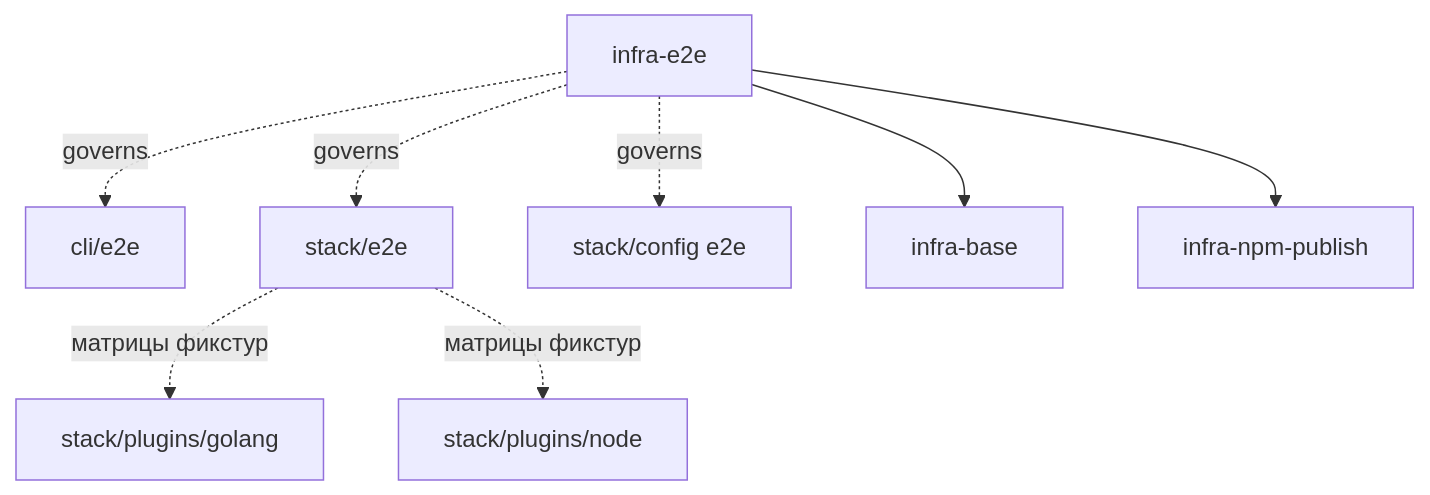
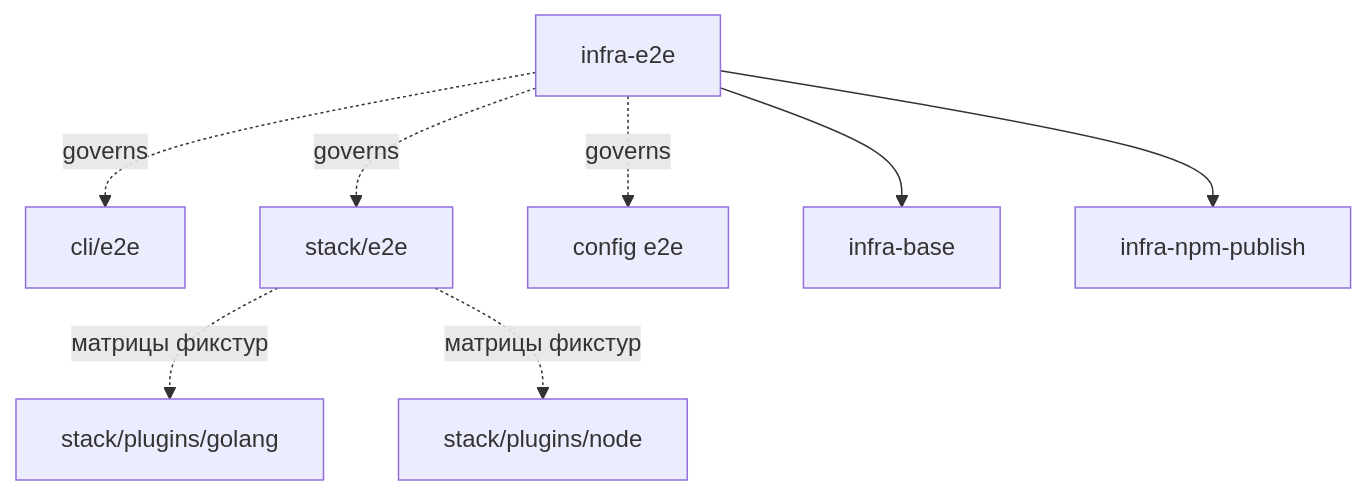
The diagram in specs/infra-e2e/infra-e2e.spec.md (RubaXa/gennady), drawn with Mermaid before and after one commit. The commit also changed other lines of this file and 11 other files, not shown here.

````diff
--- a/specs/infra-e2e/infra-e2e.spec.md
+++ b/specs/infra-e2e/infra-e2e.spec.md
@@ -132,10 +132,10 @@
 ```mermaid
 graph TD
     infra_e2e[infra-e2e] -. governs .-> cli_e2e[cli/e2e]
     infra_e2e -. governs .-> stack_e2e[stack/e2e]
-    infra_e2e -. governs .-> config_e2e[stack/config e2e]
+    infra_e2e -. governs .-> config_e2e[config e2e]
     infra_e2e --> infra_base[infra-base]
     infra_e2e --> infra_npm[infra-npm-publish]
     stack_e2e -. матрицы фикстур .-> golang_spec[stack/plugins/golang]
     stack_e2e -. матрицы фикстур .-> node_spec[stack/plugins/node]
 ```
````
